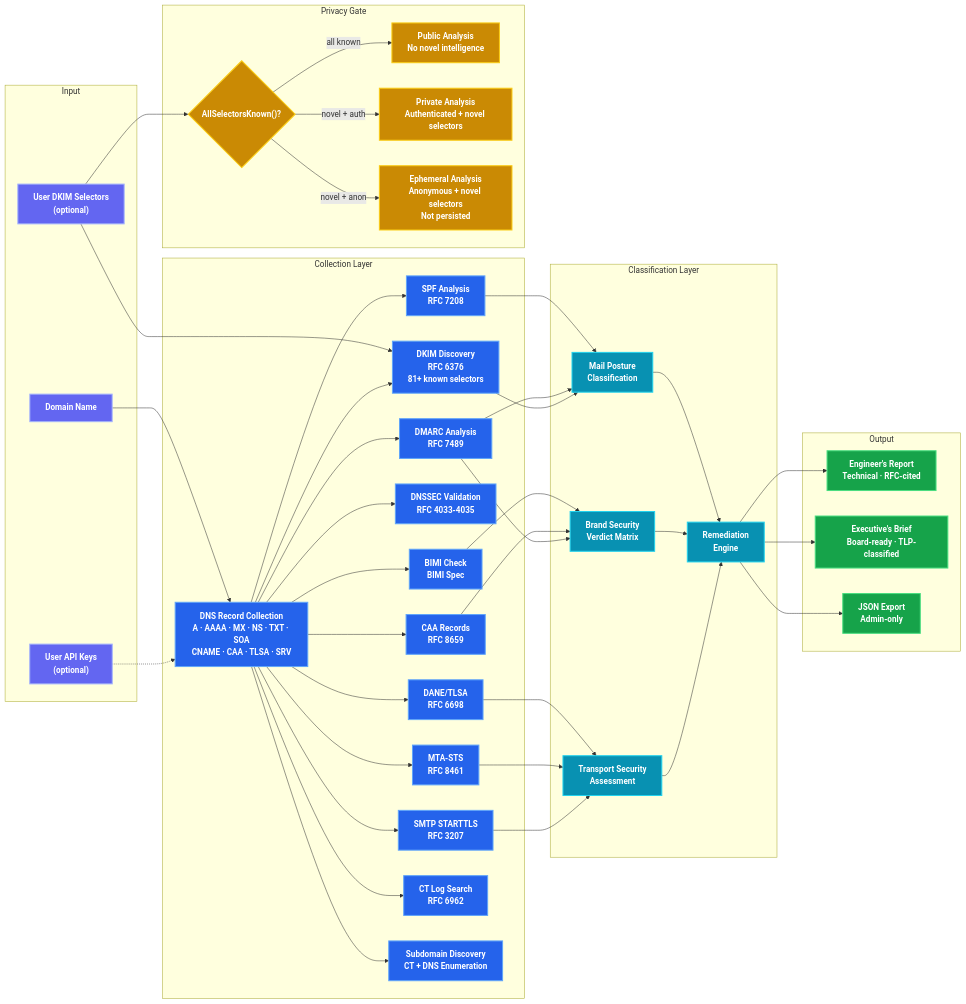
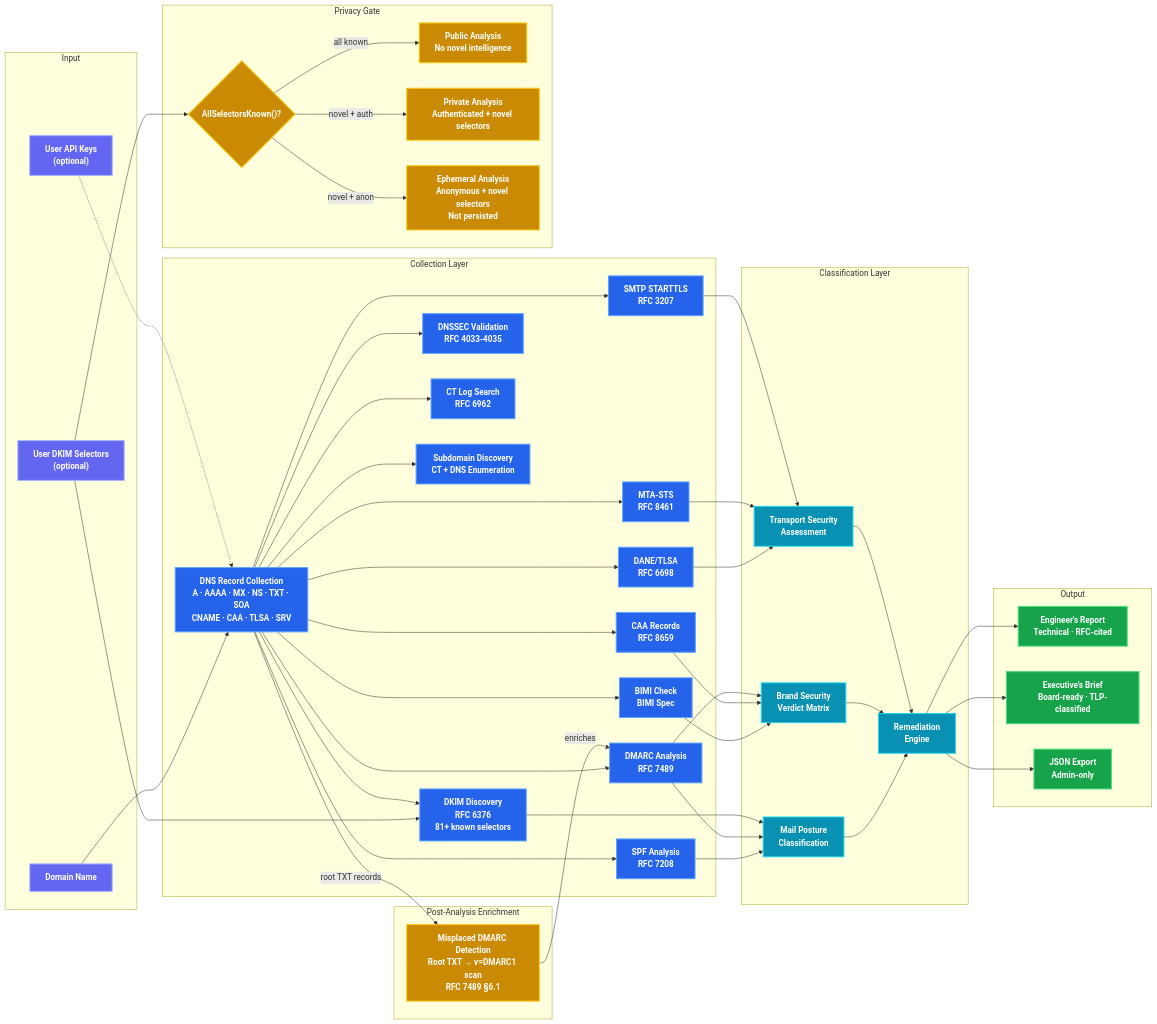
The second of 8 diagrams in docs/architecture/SYSTEM_ARCHITECTURE.md (careyjames/DnsToolWeb), drawn with Mermaid before and after one commit. The commit also changed other lines of this file and 5 other files, not shown here.

First line of the commit message:
Update website architecture and add new DMARC detection feature

````diff
--- a/docs/architecture/SYSTEM_ARCHITECTURE.md
+++ b/docs/architecture/SYSTEM_ARCHITECTURE.md
@@ -88,69 +95,77 @@
 ```mermaid
 graph LR
     subgraph "Input"
         Domain["Domain Name"]
         Selectors["User DKIM Selectors<br/>(optional)"]
         APIKeys["User API Keys<br/>(optional)"]
     end
 
     subgraph "Collection Layer"
         DNS["DNS Record Collection<br/>A · AAAA · MX · NS · TXT · SOA<br/>CNAME · CAA · TLSA · SRV"]
         SPF["SPF Analysis<br/>RFC 7208"]
         DMARC["DMARC Analysis<br/>RFC 7489"]
         DKIM["DKIM Discovery<br/>RFC 6376<br/>81+ known selectors"]
         DNSSEC["DNSSEC Validation<br/>RFC 4033-4035"]
         DANE["DANE/TLSA<br/>RFC 6698"]
         MTASTS["MTA-STS<br/>RFC 8461"]
         BIMI["BIMI Check<br/>BIMI Spec"]
         CAA["CAA Records<br/>RFC 8659"]
         SMTP2["SMTP STARTTLS<br/>RFC 3207"]
         CT2["CT Log Search<br/>RFC 6962"]
         SubD["Subdomain Discovery<br/>CT + DNS Enumeration"]
+    end
+
+    subgraph "Post-Analysis Enrichment"
+        MisplacedCheck["Misplaced DMARC Detection<br/>Root TXT → v=DMARC1 scan<br/>RFC 7489 §6.1"]
     end
 
     subgraph "Classification Layer"
         Posture["Mail Posture<br/>Classification"]
         Brand["Brand Security<br/>Verdict Matrix"]
         Transport["Transport Security<br/>Assessment"]
         Remediation["Remediation<br/>Engine"]
     end
 
     subgraph "Privacy Gate"
         Privacy{"AllSelectorsKnown()?"}
         Public["Public Analysis<br/>No novel intelligence"]
         Private["Private Analysis<br/>Authenticated + novel selectors"]
         Ephemeral["Ephemeral Analysis<br/>Anonymous + novel selectors<br/>Not persisted"]
     end
 
     subgraph "Output"
         Engineer["Engineer's Report<br/>Technical · RFC-cited"]
         Executive["Executive's Brief<br/>Board-ready · TLP-classified"]
         JSON["JSON Export<br/>Admin-only"]
     end
 
     Domain --> DNS
     Selectors --> DKIM
     APIKeys -.-> DNS
     DNS --> SPF & DMARC & DKIM & DNSSEC & DANE & MTASTS & BIMI & CAA & SMTP2 & CT2 & SubD
+    DNS -->|"root TXT records"| MisplacedCheck
+    MisplacedCheck -->|"enriches"| DMARC
     SPF & DMARC & DKIM --> Posture
     BIMI & CAA & DMARC --> Brand
     DANE & MTASTS & SMTP2 --> Transport
     Posture & Brand & Transport --> Remediation
     Selectors --> Privacy
     Privacy -->|"all known"| Public
     Privacy -->|"novel + auth"| Private
     Privacy -->|"novel + anon"| Ephemeral
     Remediation --> Engineer & Executive & JSON
 
     classDef default fill:#2563eb,stroke:#60a5fa,stroke-width:2px,color:#f0f6fc
     classDef rfc fill:#2563eb,stroke:#60a5fa,stroke-width:2px,color:#fff,font-weight:bold
     classDef gate fill:#ca8a04,stroke:#facc15,stroke-width:2px,color:#fff,font-weight:bold
     classDef output fill:#16a34a,stroke:#4ade80,stroke-width:2px,color:#fff,font-weight:bold
     classDef classify fill:#0891b2,stroke:#22d3ee,stroke-width:2px,color:#fff,font-weight:bold
     classDef input fill:#6366f1,stroke:#a5b4fc,stroke-width:2px,color:#fff,font-weight:bold
+    classDef warn fill:#ca8a04,stroke:#facc15,stroke-width:2px,color:#fff,font-weight:bold
     class SPF,DMARC,DKIM,DNSSEC,DANE,MTASTS,CAA,SMTP2,CT2,SubD,BIMI,DNS rfc
     class Privacy,Public,Private,Ephemeral gate
     class Engineer,Executive,JSON output
     class Posture,Brand,Transport,Remediation classify
     class Domain,Selectors,APIKeys input
+    class MisplacedCheck warn
 ```
````
